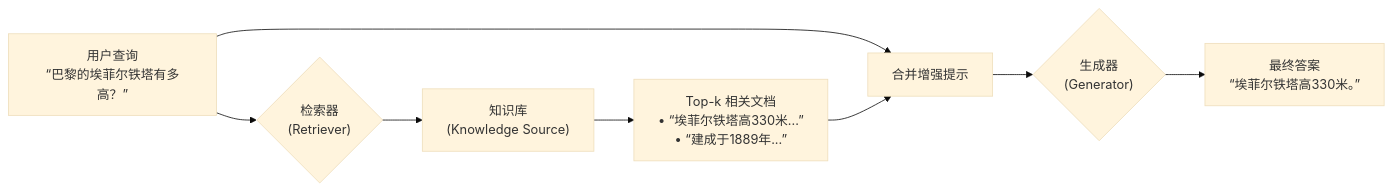
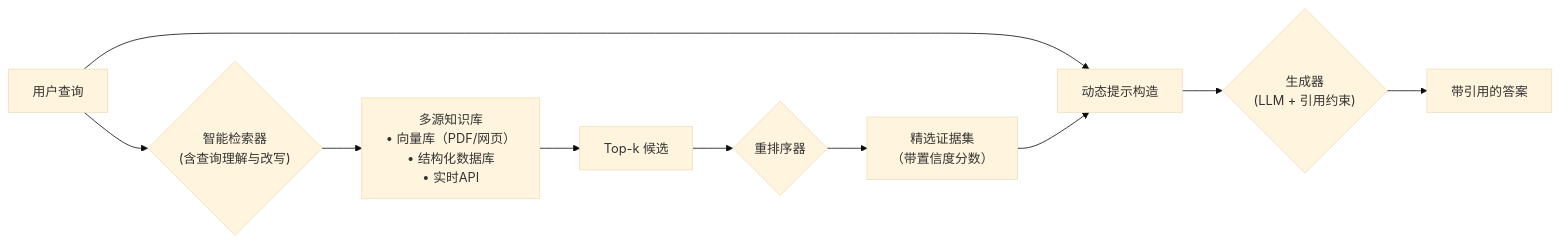
One commit to Yuuine/Yuuine.github.io changed the diagram in source/_posts/RAG/introduceRAG.md. Above: the diagram before and after it, drawn with Mermaid (base theme). The commit also changed other lines of this file and 1 other file, not shown here.

````diff
--- a/source/_posts/RAG/introduceRAG.md
+++ b/source/_posts/RAG/introduceRAG.md
@@ -68,10 +62,12 @@
 ```mermaid
 flowchart LR
-    A["用户查询\n“巴黎的埃菲尔铁塔有多高？”"] --> B{"检索器\n(Retriever)"}
-    B --> C["知识库\n(Knowledge Source)"]
-    C --> D["Top-k 相关文档\n• “埃菲尔铁塔高330米...”\n• “建成于1889年...”"]
-    A --> G["合并增强提示"]
-    D --> G
-    G --> E{"生成器\n(Generator)"}
-    E --> F["最终答案\n“埃菲尔铁塔高330米。”"]
+    A["用户查询"] --> B{"智能检索器\n(含查询理解与改写)"} 
+    B --> C["多源知识库\n• 向量库（PDF/网页）\n• 结构化数据库\n• 实时API"]
+    C --> D["Top-k 候选"]
+    D --> E{"重排序器"}
+    E --> F["精选证据集\n（带置信度分数）"]
+    A --> G["动态提示构造"]
+    F --> G
+    G --> H{"生成器\n(LLM + 引用约束)"} 
+    H --> I["带引用的答案"]
 ```
````
